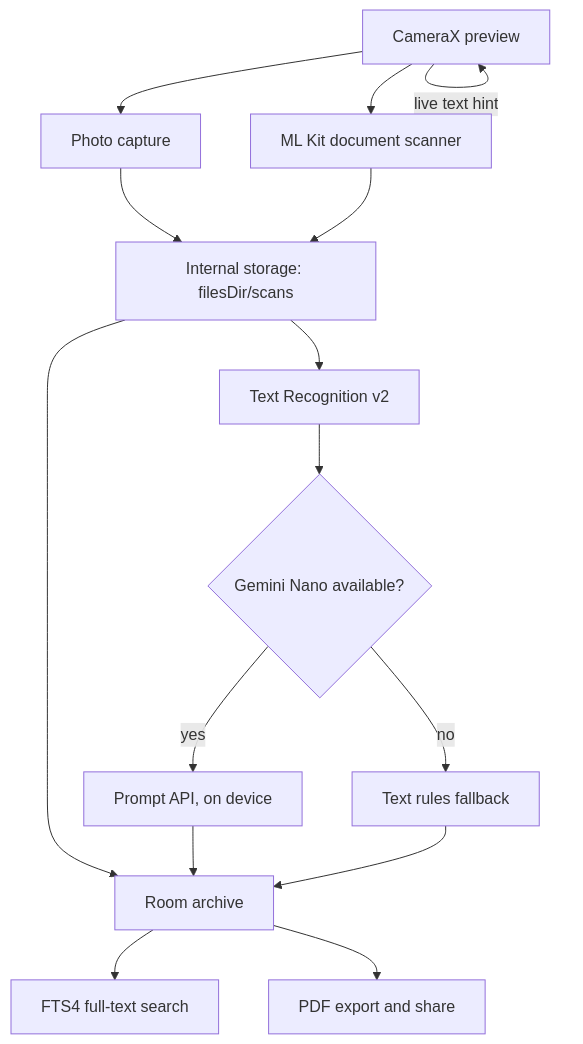
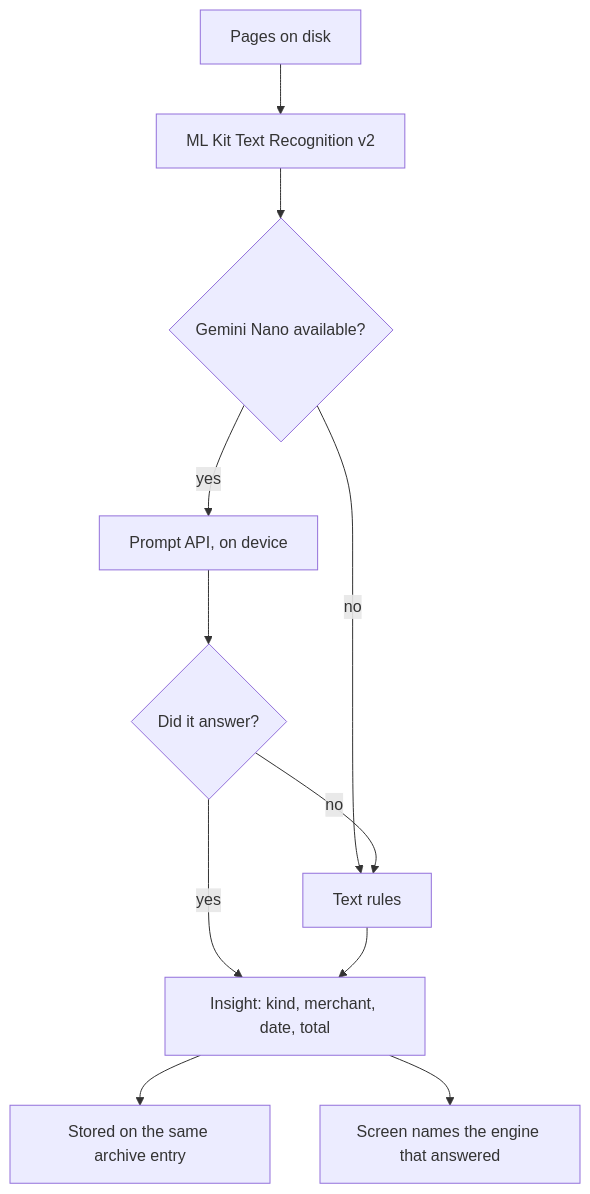
The second of 4 diagrams in README.md (Hacybeyker/SnapDoc), drawn with Mermaid before and after one commit. The commit also changed other lines of this file and 6 other files, not shown here.

````diff
--- a/README.md
+++ b/README.md
@@ -34,17 +64,13 @@
 ```mermaid
 flowchart TD
-    A["CameraX preview"] -->|live text hint| A
-    A --> B["Photo capture"]
-    A --> C["ML Kit document scanner"]
-    B --> D["Internal storage: filesDir/scans"]
-    C --> D
-    D --> E["Room archive"]
-    D --> F["Text Recognition v2"]
-    F --> G{"Gemini Nano available?"}
-    G -->|yes| H["Prompt API, on device"]
-    G -->|no| I["Text rules fallback"]
-    H --> E
-    I --> E
-    E --> J["FTS4 full-text search"]
-    E --> K["PDF export and share"]
+    A["Pages on disk"] --> B["ML Kit Text Recognition v2"]
+    B --> C{"Gemini Nano available?"}
+    C -->|"yes"| D["Prompt API, on device"]
+    C -->|"no"| E["Text rules"]
+    D --> F{"Did it answer?"}
+    F -->|"no"| E
+    F -->|"yes"| G["Insight: kind, merchant, date, total"]
+    E --> G
+    G --> H["Stored on the same archive entry"]
+    G --> I["Screen names the engine that answered"]
 ```
````
